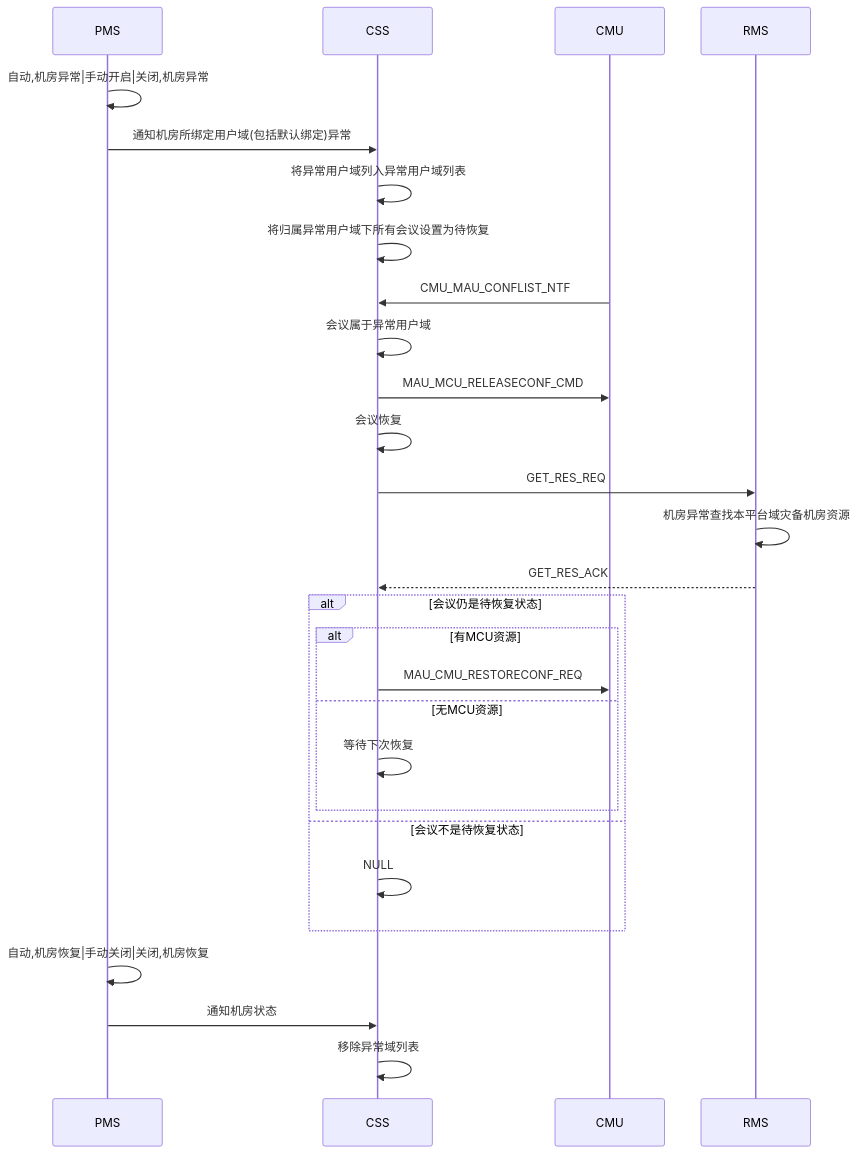
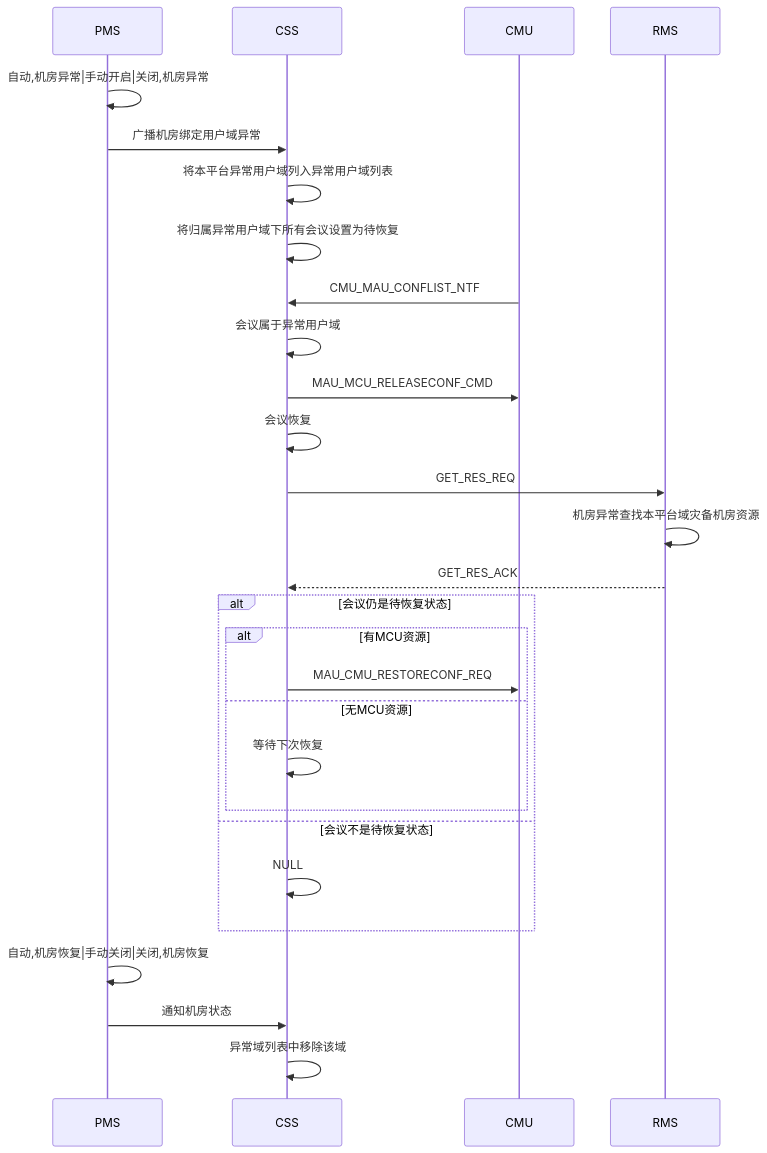
The third of 6 diagrams in x需求_/5.1sp4css/5.1sp4css概要设计.md (github188/w_doc), drawn with Mermaid before and after one commit. The commit also changed other lines of this file and 2 other files, not shown here.

````diff
--- a/x需求_/5.1sp4css/5.1sp4css概要设计.md
+++ b/x需求_/5.1sp4css/5.1sp4css概要设计.md
@@ -55,27 +58,27 @@
 ```mermaid
 sequenceDiagram
 PMS->>PMS: 自动,机房异常|手动开启|关闭,机房异常
-PMS->>CSS: 通知机房所绑定用户域(包括默认绑定)异常
-CSS->>CSS: 将异常用户域列入异常用户域列表
+PMS->>CSS: 广播机房绑定用户域异常
+CSS->>CSS: 将本平台异常用户域列入异常用户域列表
 CSS->>CSS: 将归属异常用户域下所有会议设置为待恢复
 CMU->>CSS: CMU_MAU_CONFLIST_NTF
 CSS->>CSS: 会议属于异常用户域
 CSS->>CMU: MAU_MCU_RELEASECONF_CMD
 CSS->>CSS: 会议恢复
 CSS->>RMS: GET_RES_REQ
 RMS->>RMS: 机房异常查找本平台域灾备机房资源
 RMS-->>CSS: GET_RES_ACK
 alt 会议仍是待恢复状态
 	alt 有MCU资源
 	CSS->>CMU: MAU_CMU_RESTORECONF_REQ
 	else 无MCU资源
 	CSS->>CSS: 等待下次恢复
 	end
 else 会议不是待恢复状态
 	CSS->>CSS: NULL
 end
 
 PMS->>PMS: 自动,机房恢复|手动关闭|关闭,机房恢复
 PMS->>CSS: 通知机房状态
-CSS->>CSS: 移除异常域列表
+CSS->>CSS: 异常域列表中移除该域
 ```
````
